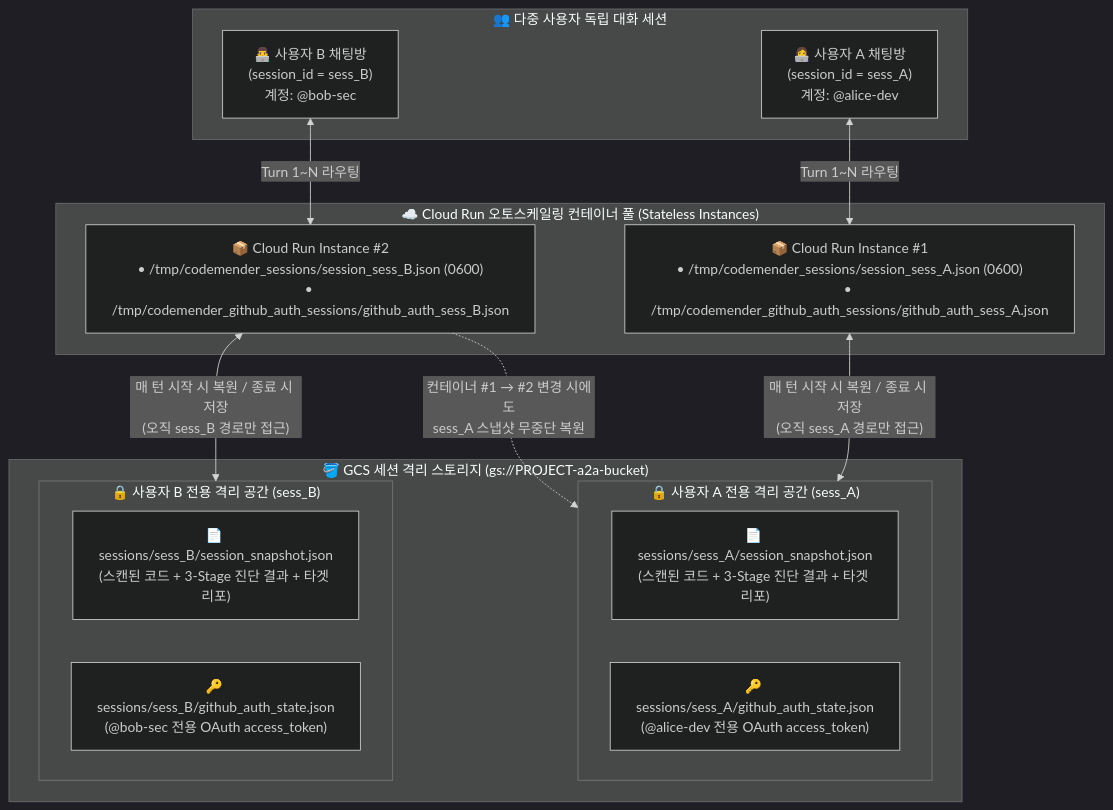
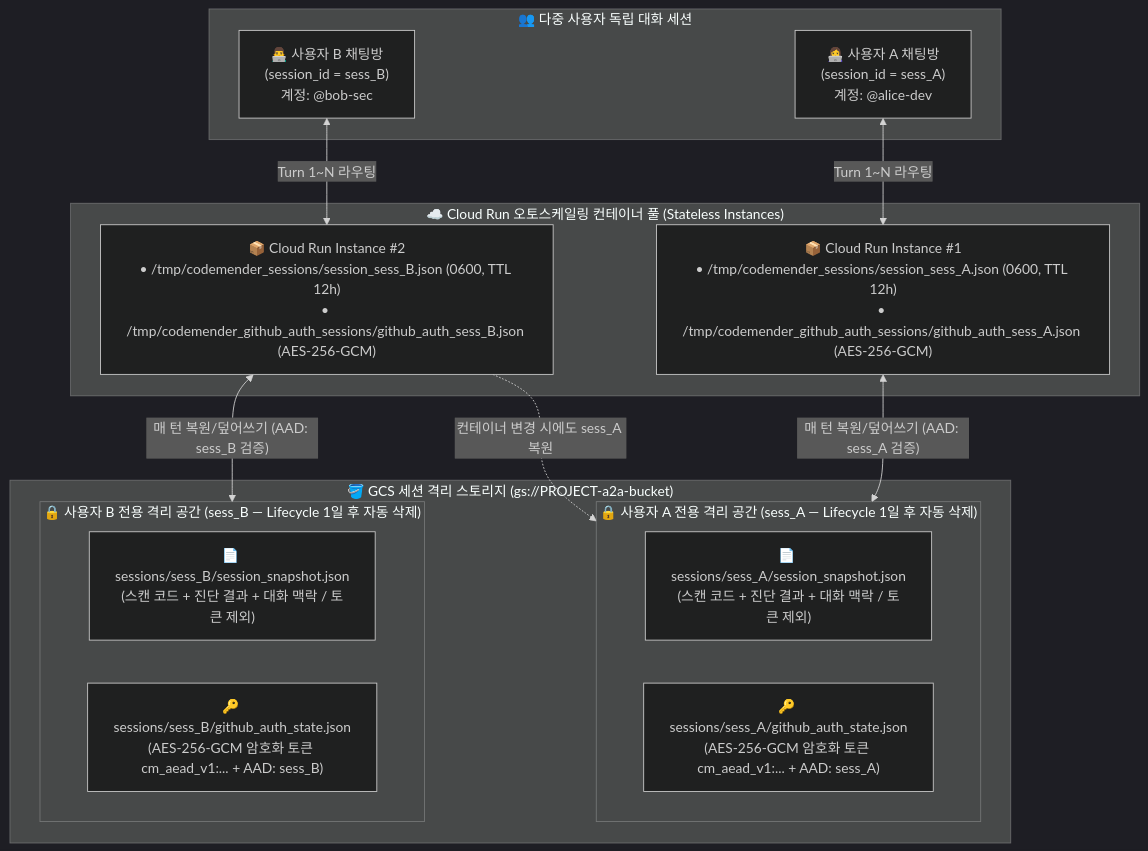
The third of 4 diagrams in README.md (ldu1225/codemender-ge), drawn with Mermaid (dark theme) before and after one commit. The commit also changed other lines of this file and 4 other files, not shown here.

Commit message:
sec(auth,storage): add session-bound AES-256-GCM token encryption, TTL cleanup, and GCS lifecycle policy

````diff
--- a/README.md
+++ b/README.md
@@ -170,31 +173,31 @@
 ```mermaid
 flowchart TB
     subgraph MultiUser["👥 다중 사용자 독립 대화 세션"]
         UA["👩‍💻 사용자 A 채팅방<br/>(session_id = sess_A)<br/>계정: @alice-dev"]
         UB["👨‍💻 사용자 B 채팅방<br/>(session_id = sess_B)<br/>계정: @bob-sec"]
     end
 
     subgraph CloudRunPool["☁️ Cloud Run 오토스케일링 컨테이너 풀 (Stateless Instances)"]
-        Inst1["📦 Cloud Run Instance #1<br/>• /tmp/codemender_sessions/session_sess_A.json (0600)<br/>• /tmp/codemender_github_auth_sessions/github_auth_sess_A.json"]
-        Inst2["📦 Cloud Run Instance #2<br/>• /tmp/codemender_sessions/session_sess_B.json (0600)<br/>• /tmp/codemender_github_auth_sessions/github_auth_sess_B.json"]
+        Inst1["📦 Cloud Run Instance #1<br/>• /tmp/codemender_sessions/session_sess_A.json (0600, TTL 12h)<br/>• /tmp/codemender_github_auth_sessions/github_auth_sess_A.json (AES-256-GCM)"]
+        Inst2["📦 Cloud Run Instance #2<br/>• /tmp/codemender_sessions/session_sess_B.json (0600, TTL 12h)<br/>• /tmp/codemender_github_auth_sessions/github_auth_sess_B.json (AES-256-GCM)"]
     end
 
     subgraph GCSBucket["🪣 GCS 세션 격리 스토리지 (gs://PROJECT-a2a-bucket)"]
-        subgraph ScopeA["🔒 사용자 A 전용 격리 공간 (sess_A)"]
-            GCSA_Snap["📄 sessions/sess_A/session_snapshot.json<br/>(스캔된 코드 + 3-Stage 진단 결과 + 타겟 리포)"]
-            GCSA_Auth["🔑 sessions/sess_A/github_auth_state.json<br/>(@alice-dev 전용 OAuth access_token)"]
+        subgraph ScopeA["🔒 사용자 A 전용 격리 공간 (sess_A — Lifecycle 1일 후 자동 삭제)"]
+            GCSA_Snap["📄 sessions/sess_A/session_snapshot.json<br/>(스캔 코드 + 진단 결과 + 대화 맥락 / 토큰 제외)"]
+            GCSA_Auth["🔑 sessions/sess_A/github_auth_state.json<br/>(AES-256-GCM 암호화 토큰 cm_aead_v1:... + AAD: sess_A)"]
         end
 
-        subgraph ScopeB["🔒 사용자 B 전용 격리 공간 (sess_B)"]
-            GCSB_Snap["📄 sessions/sess_B/session_snapshot.json<br/>(스캔된 코드 + 3-Stage 진단 결과 + 타겟 리포)"]
-            GCSB_Auth["🔑 sessions/sess_B/github_auth_state.json<br/>(@bob-sec 전용 OAuth access_token)"]
+        subgraph ScopeB["🔒 사용자 B 전용 격리 공간 (sess_B — Lifecycle 1일 후 자동 삭제)"]
+            GCSB_Snap["📄 sessions/sess_B/session_snapshot.json<br/>(스캔 코드 + 진단 결과 + 대화 맥락 / 토큰 제외)"]
+            GCSB_Auth["🔑 sessions/sess_B/github_auth_state.json<br/>(AES-256-GCM 암호화 토큰 cm_aead_v1:... + AAD: sess_B)"]
         end
     end
 
     UA <-->|"Turn 1~N 라우팅"| Inst1
     UB <-->|"Turn 1~N 라우팅"| Inst2
 
-    Inst1 <-->|"매 턴 시작 시 복원 / 종료 시 저장<br/>(오직 sess_A 경로만 접근)"| ScopeA
-    Inst2 <-->|"매 턴 시작 시 복원 / 종료 시 저장<br/>(오직 sess_B 경로만 접근)"| ScopeB
-    Inst2 -.->|"컨테이너 #1 → #2 변경 시에도<br/>sess_A 스냅샷 무중단 복원"| ScopeA
+    Inst1 <-->|"매 턴 복원/덮어쓰기 (AAD: sess_A 검증)"| ScopeA
+    Inst2 <-->|"매 턴 복원/덮어쓰기 (AAD: sess_B 검증)"| ScopeB
+    Inst2 -.->|"컨테이너 변경 시에도 sess_A 복원"| ScopeA
 ```
````
